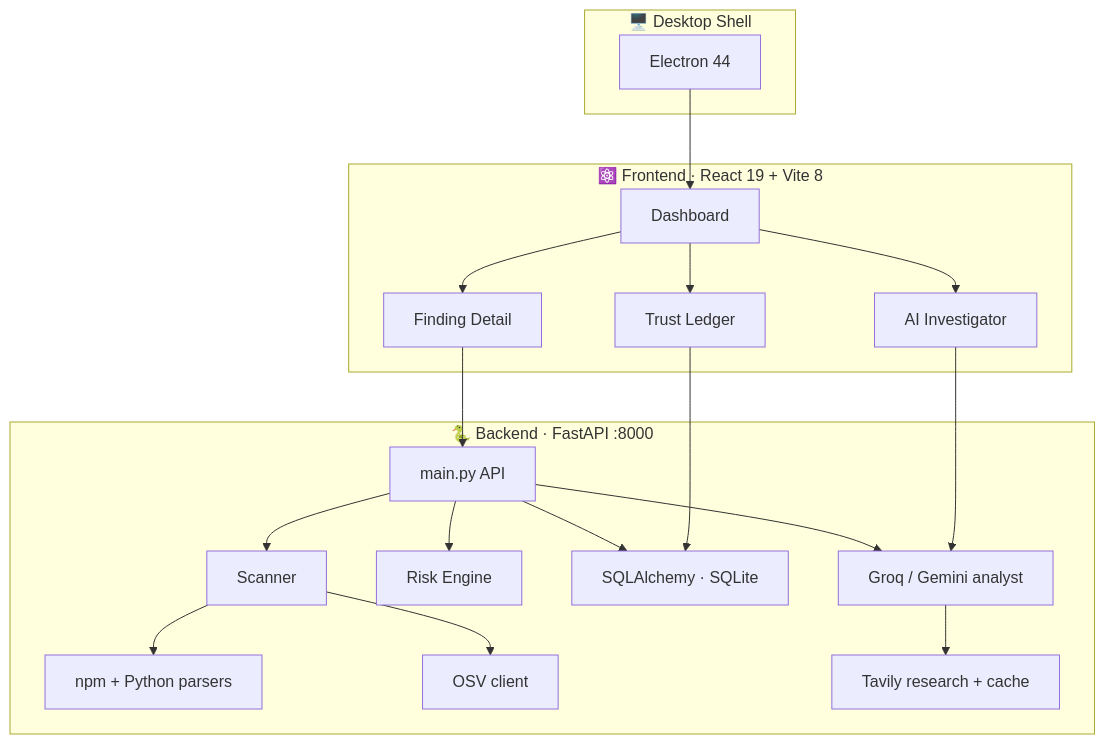
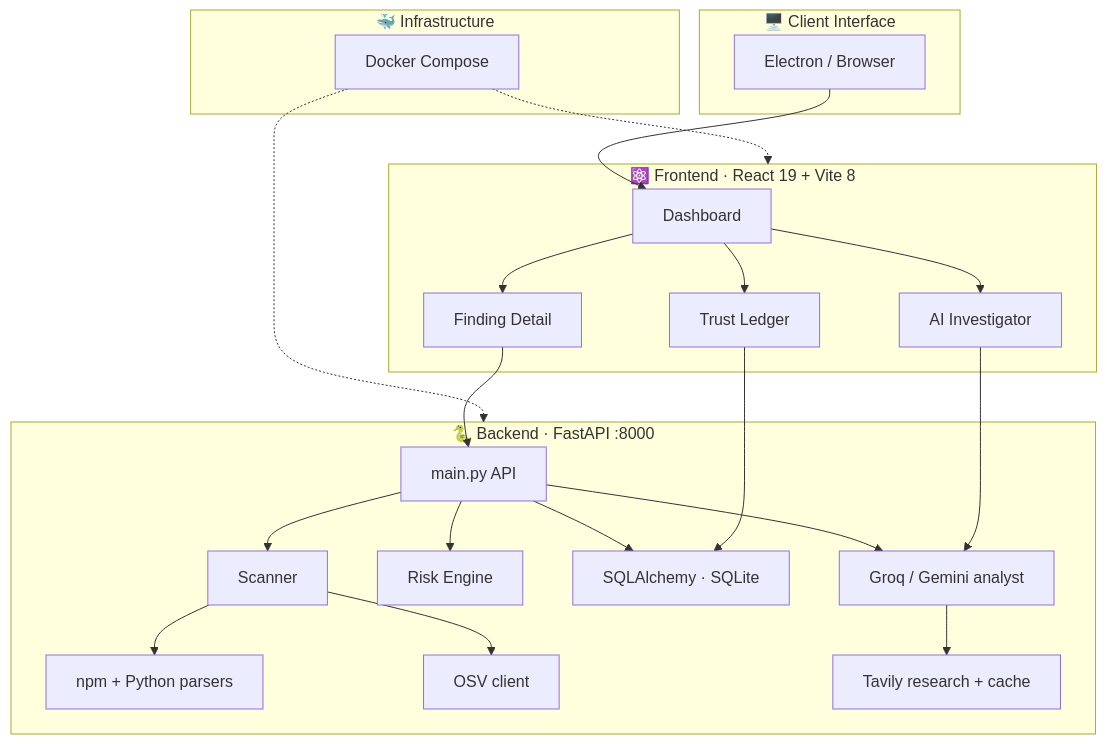
One commit to cybermajeed/AtomChain changed the second of 2 diagrams in README.md. Above: the diagram before and after it, drawn with Mermaid. The commit also changed other lines of this file, not shown here.

````diff
--- a/README.md
+++ b/README.md
@@ -59,24 +62,29 @@
 ```mermaid
 flowchart TB
-    subgraph Desktop["🖥️ Desktop Shell"]
-        E[Electron 44]
+    subgraph Client["🖥️ Client Interface"]
+        E[Electron / Browser]
     end
     subgraph Frontend["⚛️ Frontend · React 19 + Vite 8"]
         V[Dashboard] --> F[Finding Detail]
         V --> I[AI Investigator]
         V --> T[Trust Ledger]
     end
     subgraph Backend["🐍 Backend · FastAPI :8000"]
         API[main.py API] --> S[Scanner]
         S --> P[npm + Python parsers]
         S --> O[OSV client]
         API --> R[Risk Engine]
         API --> D[SQLAlchemy · SQLite]
         API --> AI[Groq / Gemini analyst]
         AI --> W[Tavily research + cache]
     end
+    subgraph Deployment["🐳 Infrastructure"]
+        DK[Docker Compose]
+    end
     E --> V
     F --> API
     I --> AI
     T --> D
+    DK -.-> Frontend
+    DK -.-> Backend
 ```
````
